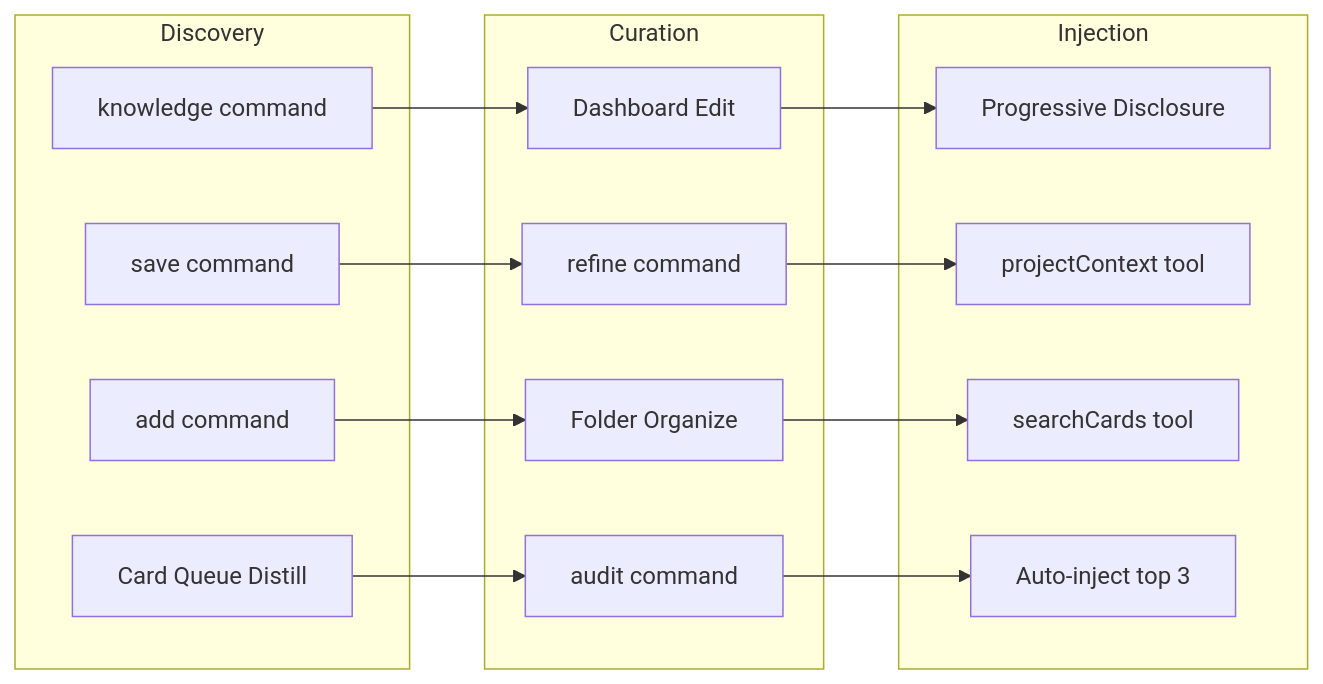
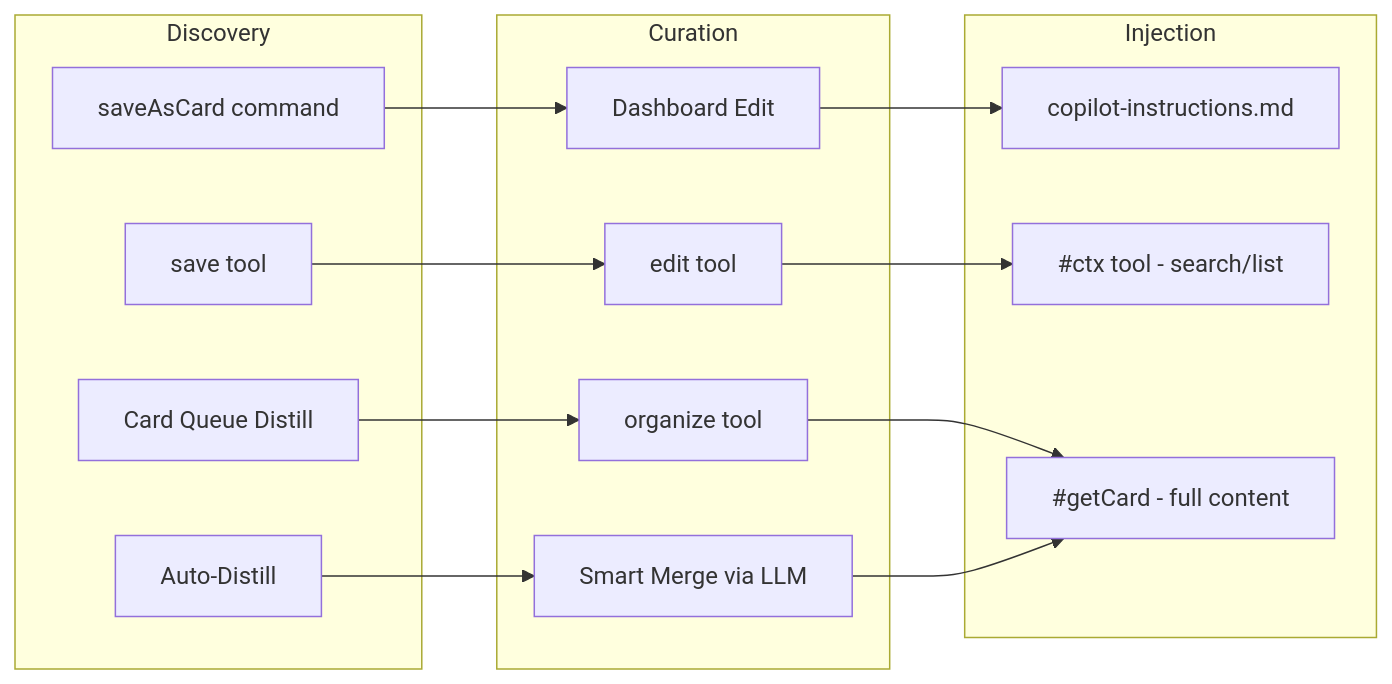
The third of 5 diagrams in docs/architecture/overview.md (GittyHarsha/ContextManager), drawn with Mermaid before and after one commit. The commit also changed other lines of this file and 86 other files, not shown here.

```diff
--- a/docs/architecture/overview.md
+++ b/docs/architecture/overview.md
@@ -174,25 +196,24 @@
 <pre class="mermaid">
 graph LR
     subgraph Discovery
-        A1["knowledge command"]
-        A2["save command"]
-        A3["add command"]
-        A4[Card Queue Distill]
+        A1["saveAsCard command"]
+        A2["save tool"]
+        A3[Card Queue Distill]
+        A4[Auto-Distill]
     end
     subgraph Curation
         B1[Dashboard Edit]
-        B2["refine command"]
-        B3[Folder Organize]
-        B4["audit command"]
+        B2["edit tool"]
+        B3["organize tool"]
+        B4[Smart Merge via LLM]
     end
     subgraph Injection
-        C1[Progressive Disclosure]
-        C2[projectContext tool]
-        C3[searchCards tool]
-        C4[Auto-inject top 3]
+        C1[copilot-instructions.md]
+        C2["#ctx tool - search/list"]
+        C3["#getCard - full content"]
     end
     A1 --> B1 --> C1
     A2 --> B2 --> C2
     A3 --> B3 --> C3
-    A4 --> B4 --> C4
+    A4 --> B4 --> C3
 </pre>
```
